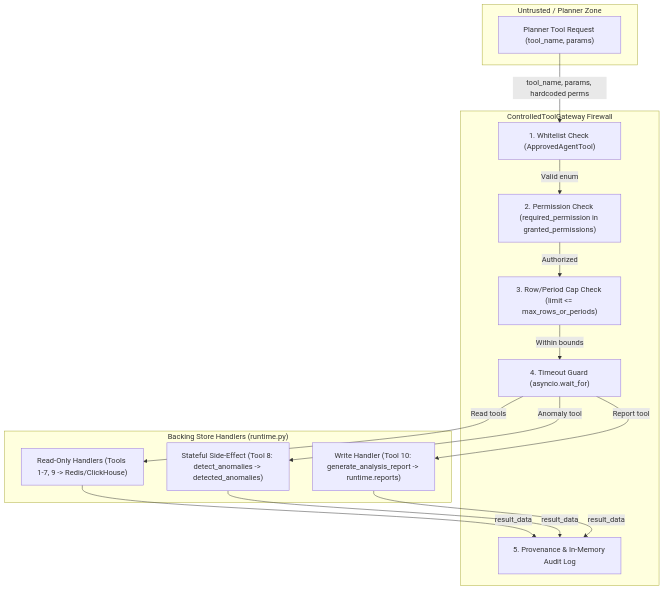
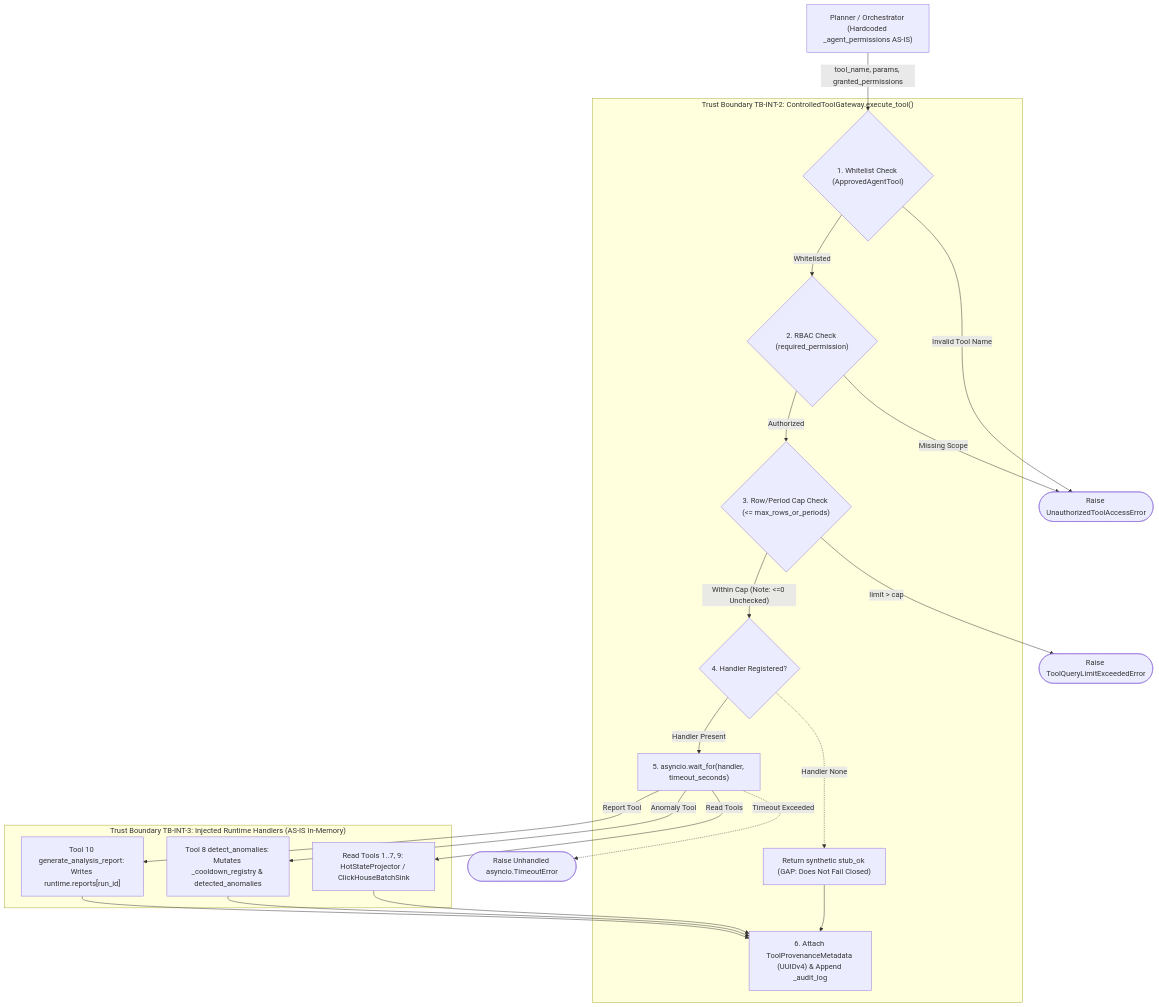
The diagram in docs/intelligence-plane/architecture/diagrams/tool-gateway-boundaries.md (DungTran1201/FinancialMarketDataPlatform), drawn with Mermaid before and after one commit. The commit also changed other lines of this file and 55 other files, not shown here.

Commit message:
docs: add comprehensive architecture, workflows, and specifications for intelligence plane

````diff
--- a/docs/intelligence-plane/architecture/diagrams/tool-gateway-boundaries.md
+++ b/docs/intelligence-plane/architecture/diagrams/tool-gateway-boundaries.md
@@ -41,31 +45,38 @@
 ```mermaid
 flowchart TB
-    subgraph Z1["Untrusted / Planner Zone"]
-        PLAN["Planner Tool Request (tool_name, params)"]
+    caller["Planner / Orchestrator (Hardcoded _agent_permissions AS-IS)"]
+
+    subgraph tb_gateway["Trust Boundary TB-INT-2: ControlledToolGateway.execute_tool()"]
+        g_wl{"1. Whitelist Check (ApprovedAgentTool)"}
+        g_rbac{"2. RBAC Check (required_permission)"}
+        g_lim{"3. Row/Period Cap Check (<= max_rows_or_periods)"}
+        g_reg{"4. Handler Registered?"}
+        g_to["5. asyncio.wait_for(handler, timeout_seconds)"]
+        g_stub["Return synthetic stub_ok (GAP: Does Not Fail Closed)"]
+        g_prov["6. Attach ToolProvenanceMetadata (UUIDv4) & Append _audit_log"]
     end
 
-    subgraph Z2["ControlledToolGateway Firewall"]
-        WL["1. Whitelist Check (ApprovedAgentTool)"]
-        RBAC["2. Permission Check (required_permission in granted_permissions)"]
-        CAP["3. Row/Period Cap Check (limit <= max_rows_or_periods)"]
-        TO["4. Timeout Guard (asyncio.wait_for)"]
-        PROV["5. Provenance & In-Memory Audit Log"]
+    subgraph tb_stores["Trust Boundary TB-INT-3: Injected Runtime Handlers (AS-IS In-Memory)"]
+        ro_mem["Read Tools 1..7, 9: HotStateProjector / ClickHouseBatchSink"]
+        mut_anom["Tool 8 detect_anomalies: Mutates _cooldown_registry & detected_anomalies"]
+        mut_rep["Tool 10 generate_analysis_report: Writes runtime.reports[run_id]"]
     end
 
-    subgraph Z3["Backing Store Handlers (runtime.py)"]
-        RO["Read-Only Handlers (Tools 1-7, 9 -> Redis/ClickHouse)"]
-        ANOM["Stateful Side-Effect (Tool 8: detect_anomalies -> detected_anomalies)"]
-        RW["Write Handler (Tool 10: generate_analysis_report -> runtime.reports)"]
-    end
+    err_unauth(["Raise UnauthorizedToolAccessError"])
+    err_limit(["Raise ToolQueryLimitExceededError"])
+    err_to(["Raise Unhandled asyncio.TimeoutError"])
 
-    PLAN -->|"tool_name, params, hardcoded perms"| WL
-    WL -->|"Valid enum"| RBAC
-    RBAC -->|"Authorized"| CAP
-    CAP -->|"Within bounds"| TO
-    TO -->|"Read tools"| RO
-    TO -->|"Anomaly tool"| ANOM
-    TO -->|"Report tool"| RW
-    RO -->|"result_data"| PROV
-    ANOM -->|"result_data"| PROV
-    RW -->|"result_data"| PROV
+    caller -->|"tool_name, params, granted_permissions"| g_wl
+    g_wl -->|"Invalid Tool Name"| err_unauth
+    g_wl -->|"Whitelisted"| g_rbac
+    g_rbac -->|"Missing Scope"| err_unauth
+    g_rbac -->|"Authorized"| g_lim
+    g_lim -->|"limit > cap"| err_limit
+    g_lim -->|"Within Cap (Note: <=0 Unchecked)"| g_reg
+    g_reg -->|"Handler Present"| g_to
+    g_reg -.->|"Handler None"| g_stub --> g_prov
+    g_to -.->|"Timeout Exceeded"| err_to
+    g_to -->|"Read Tools"| ro_mem --> g_prov
+    g_to -->|"Anomaly Tool"| mut_anom --> g_prov
+    g_to -->|"Report Tool"| mut_rep --> g_prov
 ```
````
